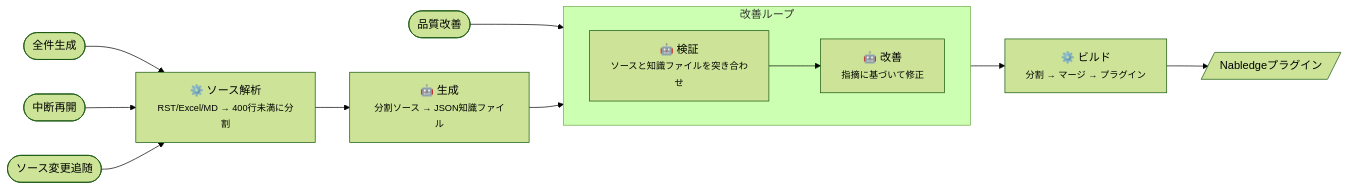
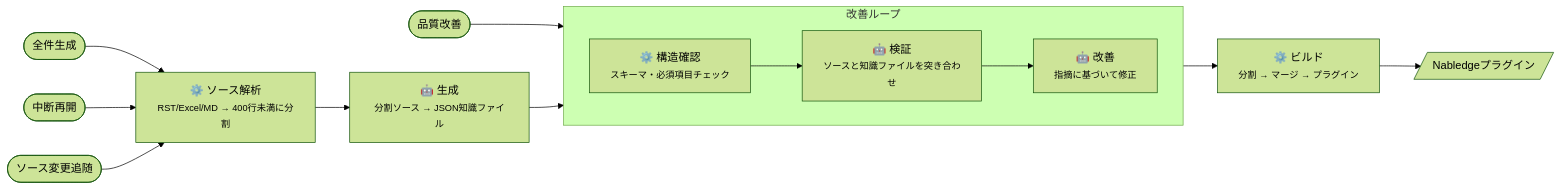
One commit to nablarch/nabledge-dev changed the first of 4 diagrams in docs/articles/02-knowledge-creator.md. Above: the diagram before and after it, drawn with Mermaid (forest theme). The commit also changed other lines of this file and 2 other files, not shown here.

Commit message:
docs: apply self-check and expert review improvements to articles

````diff
--- a/docs/articles/02-knowledge-creator.md
+++ b/docs/articles/02-knowledge-creator.md
@@ -35,17 +35,17 @@
 ```mermaid
 flowchart LR
     gen([全件生成]) --> analyze
     resume([中断再開]) --> analyze
     regen([ソース変更追随]) --> analyze
-    fix([品質改善]) --> verify
+    fix([品質改善]) --> check
 
     analyze["⚙️ ソース解析<br/><small>RST/Excel/MD → 400行未満に分割</small>"] --> generate["🤖 生成<br/><small>分割ソース → JSON知識ファイル</small>"]
-    generate --> verify
+    generate --> check
 
     subgraph loop ["改善ループ"]
         direction LR
-        verify["🤖 検証<br/><small>ソースと知識ファイルを突き合わせ</small>"] --> improve["🤖 改善<br/><small>指摘に基づいて修正</small>"]
+        check["⚙️ 構造確認<br/><small>スキーマ・必須項目チェック</small>"] --> verify["🤖 検証<br/><small>ソースと知識ファイルを突き合わせ</small>"] --> improve["🤖 改善<br/><small>指摘に基づいて修正</small>"]
     end
 
     improve --> build["⚙️ ビルド<br/><small>分割 → マージ → プラグイン</small>"] --> plugin[/Nabledgeプラグイン/]
 ```
````
